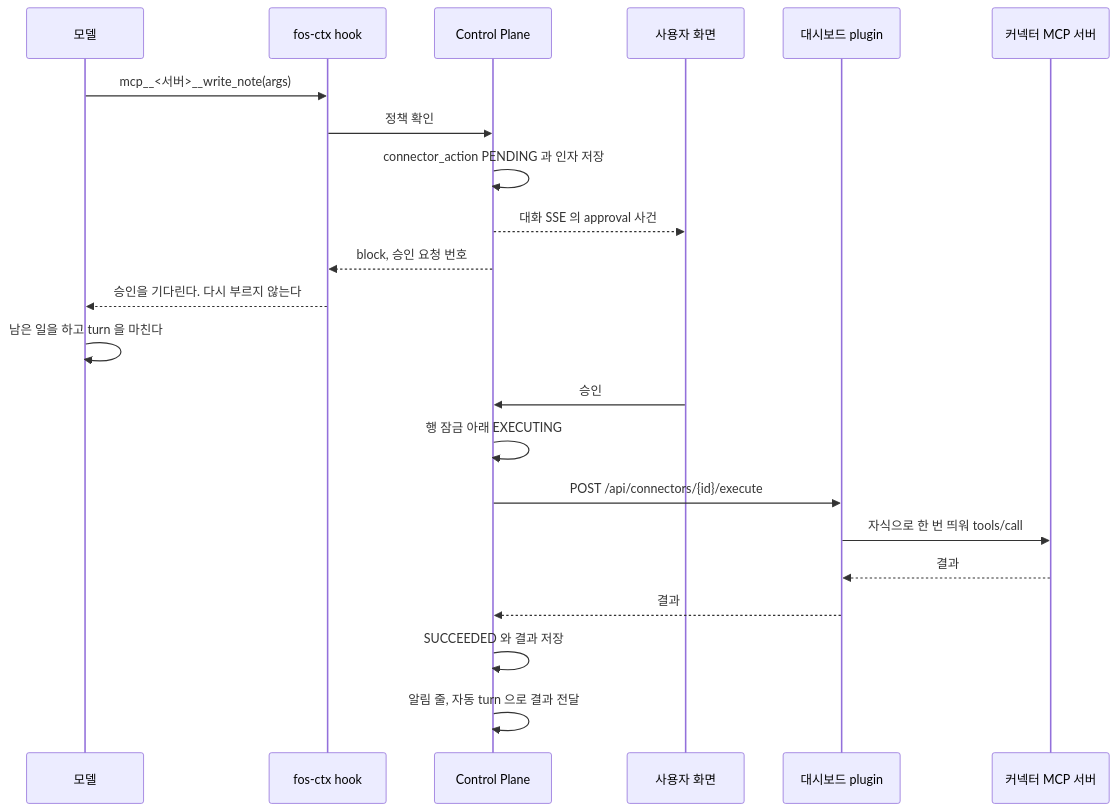
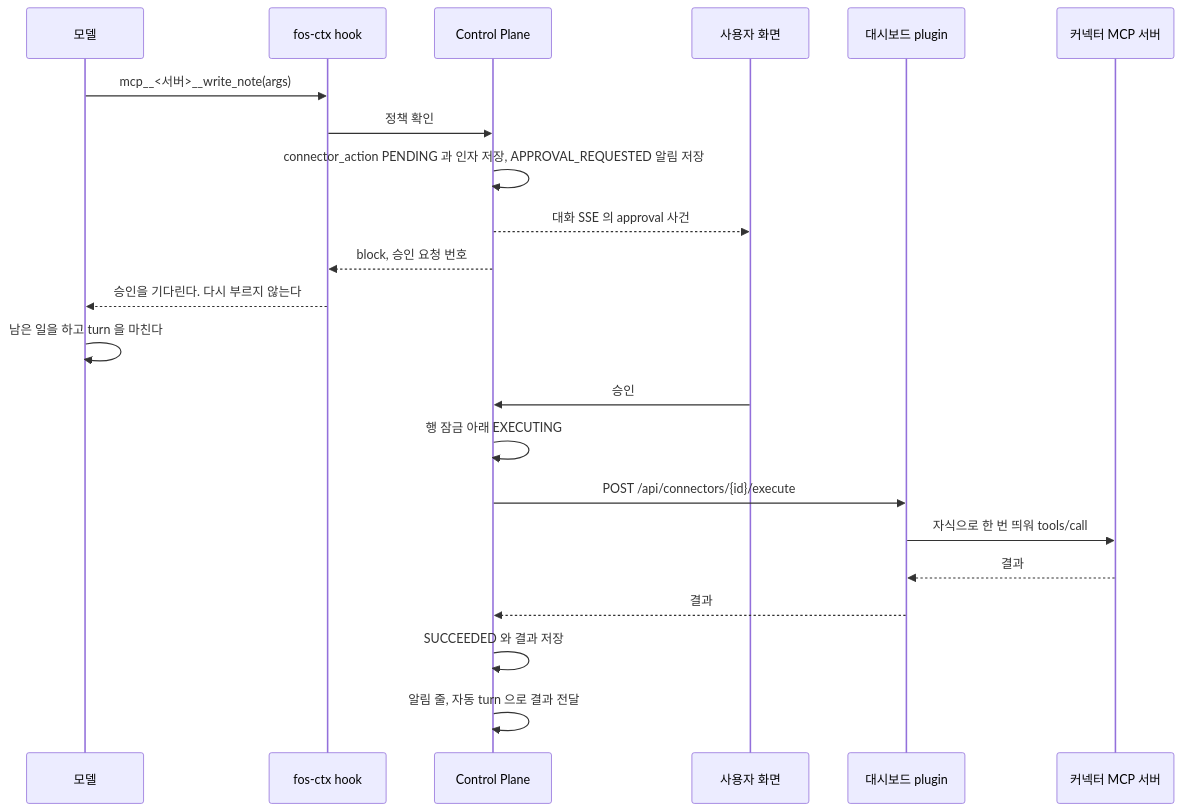
Before and after one commit to jon890/fos-assistant: the second of 2 diagrams in docs/backend/connector-tool-policy.md, drawn with Mermaid. The commit also changed other lines of this file and 15 other files, not shown here.

````diff
--- a/docs/backend/connector-tool-policy.md
+++ b/docs/backend/connector-tool-policy.md
@@ -241,25 +242,25 @@
 ```mermaid
 sequenceDiagram
     participant M as 모델
     participant H as fos-ctx hook
     participant C as Control Plane
     participant U as 사용자 화면
     participant D as 대시보드 plugin
     participant S as 커넥터 MCP 서버
 
     M->>H: mcp__<서버>__write_note(args)
     H->>C: 정책 확인
-    C->>C: connector_action PENDING 과 인자 저장
+    C->>C: connector_action PENDING 과 인자 저장, APPROVAL_REQUESTED 알림 저장
     C-->>U: 대화 SSE 의 approval 사건
     C-->>H: block, 승인 요청 번호
     H-->>M: 승인을 기다린다. 다시 부르지 않는다
     M->>M: 남은 일을 하고 turn 을 마친다
     U->>C: 승인
     C->>C: 행 잠금 아래 EXECUTING
     C->>D: POST /api/connectors/{id}/execute
     D->>S: 자식으로 한 번 띄워 tools/call
     S-->>D: 결과
     D-->>C: 결과
     C->>C: SUCCEEDED 와 결과 저장
     C->>C: 알림 줄, 자동 turn 으로 결과 전달
 ```
````
